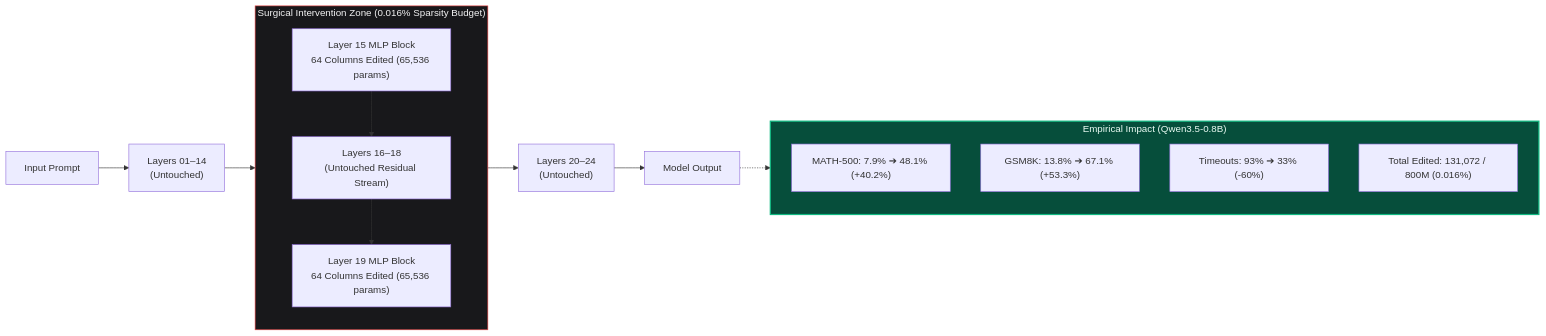
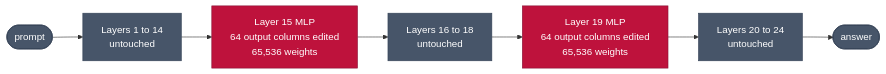
The third of 7 diagrams in README.md (Hunterdii/weight-space-programming-explained), drawn with Mermaid before and after one commit. The commit also changed other lines of this file and 18 other files, not shown here.

````diff
--- a/README.md
+++ b/README.md
@@ -252,29 +334,13 @@
 ```mermaid
 flowchart LR
-    IN["Input Prompt"] --> PRE["Layers 01–14<br>(Untouched)"]
+    IN(["prompt"]) --> A["Layers 1 to 14<br/>untouched"]
+    A --> B["Layer 15 MLP<br/>64 output columns edited<br/>65,536 weights"]
+    B --> M["Layers 16 to 18<br/>untouched"]
+    M --> C["Layer 19 MLP<br/>64 output columns edited<br/>65,536 weights"]
+    C --> D["Layers 20 to 24<br/>untouched"] --> OUT(["answer"])
 
-    subgraph SURGERY["Surgical Intervention Zone (0.016% Sparsity Budget)"]
-        direction TB
-        L15["Layer 15 MLP Block<br>64 Columns Edited (65,536 params)"]
-        MID["Layers 16–18<br>(Untouched Residual Stream)"]
-        L19["Layer 19 MLP Block<br>64 Columns Edited (65,536 params)"]
-        
-        L15 --> MID --> L19
-    end
-
-    PRE --> L15
-    L19 --> POST["Layers 20–24<br>(Untouched)"] --> OUT["Model Output"]
-
-    subgraph RESULTS["Empirical Impact (Qwen3.5-0.8B)"]
-        direction TB
-        RES1["MATH-500: 7.9% ➔ 48.1% (+40.2%)"]
-        RES2["GSM8K: 13.8% ➔ 67.1% (+53.3%)"]
-        RES3["Timeouts: 93% ➔ 33% (-60%)"]
-        RES4["Total Edited: 131,072 / 800M (0.016%)"]
-    end
-
-    OUT -.-> RESULTS
-
-    style SURGERY fill:#18181b,stroke:#ef4444,stroke-width:1px,color:#f4f4f5
-    style RESULTS fill:#064e3b,stroke:#10b981,stroke-width:2px,color:#ecfdf5
+    classDef edit fill:#be123c,stroke:#881337,color:#fff
+    classDef keep fill:#475569,stroke:#334155,color:#fff
+    class B,C edit
+    class A,M,D,IN,OUT keep
 ```
````
